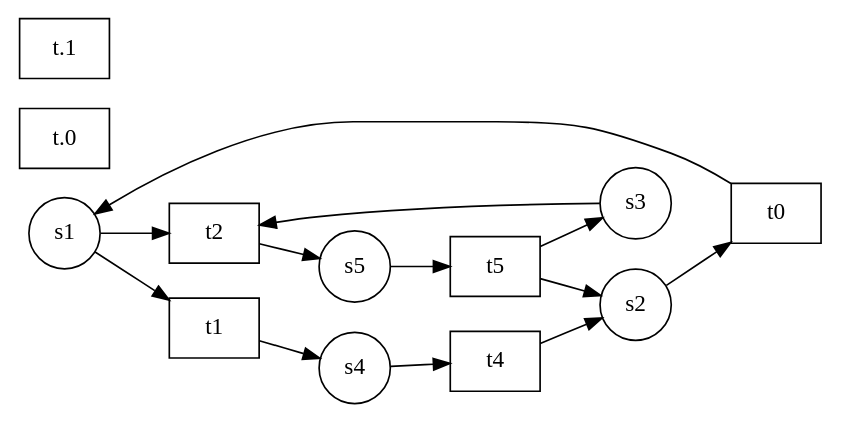
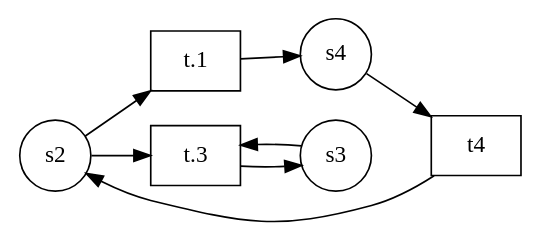
The diagram in Reduktionsalgorithmen/test.gv (dnannen/reduction-of-petri-nets), drawn with Graphviz before and after one commit. The commit also changed 1 other file, not shown here.

```diff
--- a/Reduktionsalgorithmen/test.gv
+++ b/Reduktionsalgorithmen/test.gv
@@ -1,30 +1,17 @@
 digraph petrinet{
 node[shape=circle];
 rankdir=LR;
-"s1";
 "s2";
 "s3";
 "s4";
-"s5";
-"t0" [shape=box];
-"t1" [shape=box];
-"t2" [shape=box];
 "t4" [shape=box];
-"t5" [shape=box];
-"t.0" [shape=box];
 "t.1" [shape=box];
-"t.0" [shape=box];
-"t.0" [shape=box];
-"s1"->"t1"
-"s1"->"t2"
-"s2"->"t0"
-"s3"->"t2"
+"t.3" [shape=box];
+"s2"->"t.1"
+"s2"->"t.3"
+"s3"->"t.3"
 "s4"->"t4"
-"s5"->"t5"
-"t0"->"s1"
-"t1"->"s4"
-"t2"->"s5"
 "t4"->"s2"
-"t5"->"s2"
-"t5"->"s3"
+"t.1"->"s4"
+"t.3"->"s3"
 }
```
